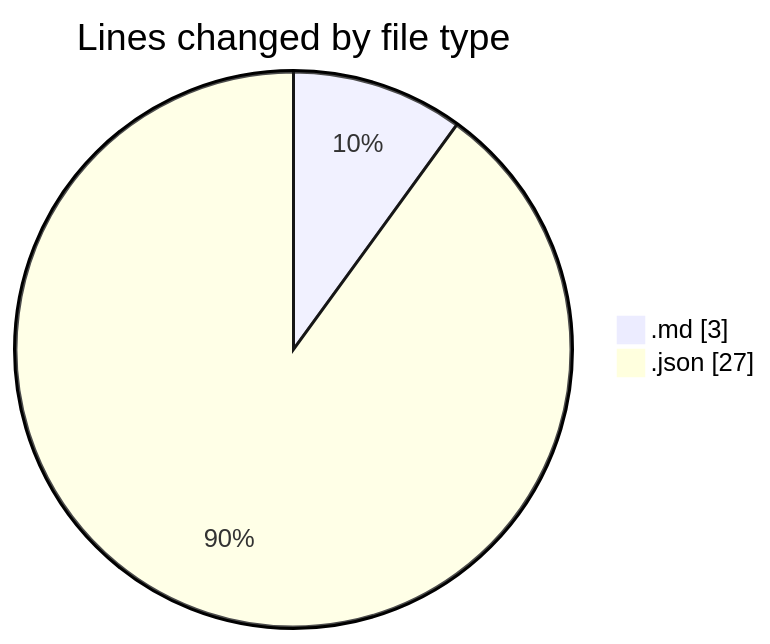
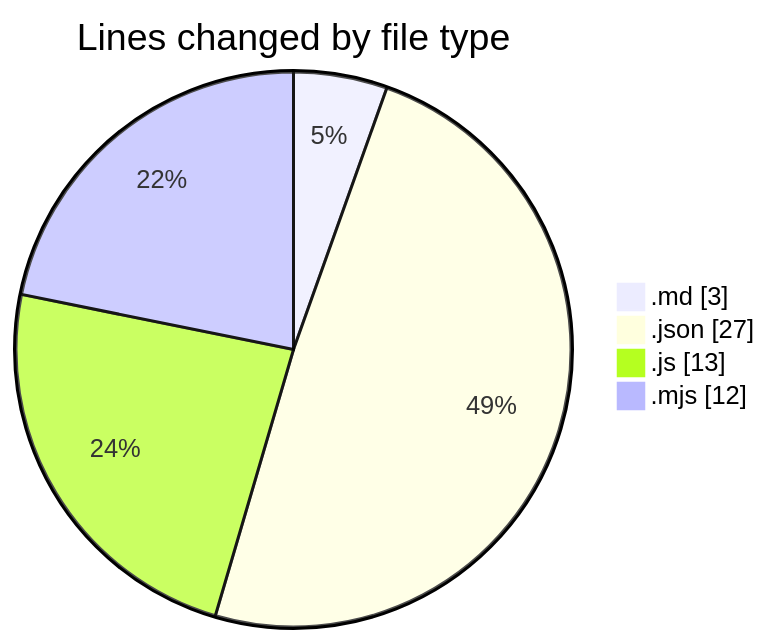
The first of 2 diagrams in 2025-06-18/scopesketch-app/README.md (Ritupan-Deka/code-tracking), drawn with Mermaid before and after one commit. The commit also changed other lines of this file and 1 other file, not shown here.

````diff
--- a/2025-06-18/scopesketch-app/README.md
+++ b/2025-06-18/scopesketch-app/README.md
@@ -21,6 +23,8 @@
 ```mermaid
 pie showData
 title Lines changed by file type
 ".md" : 3
 ".json" : 27
+".js" : 13
+".mjs" : 12
 ```
````
